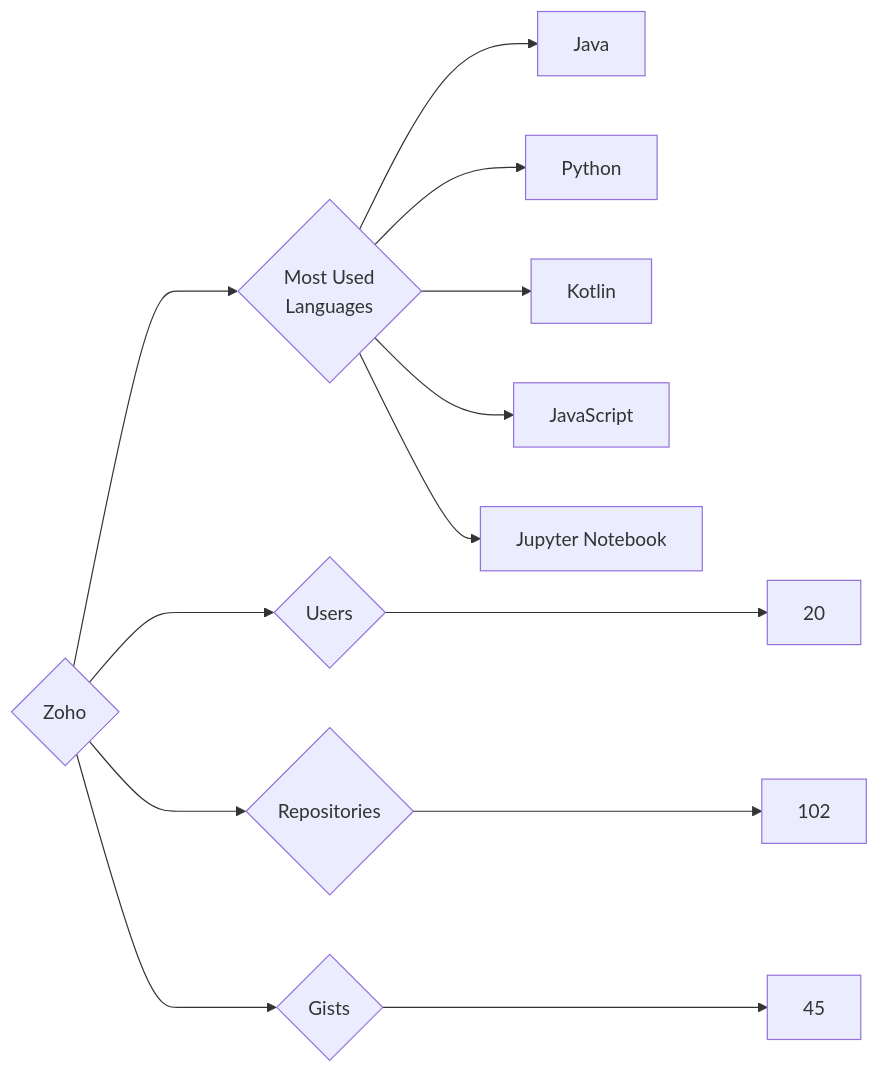
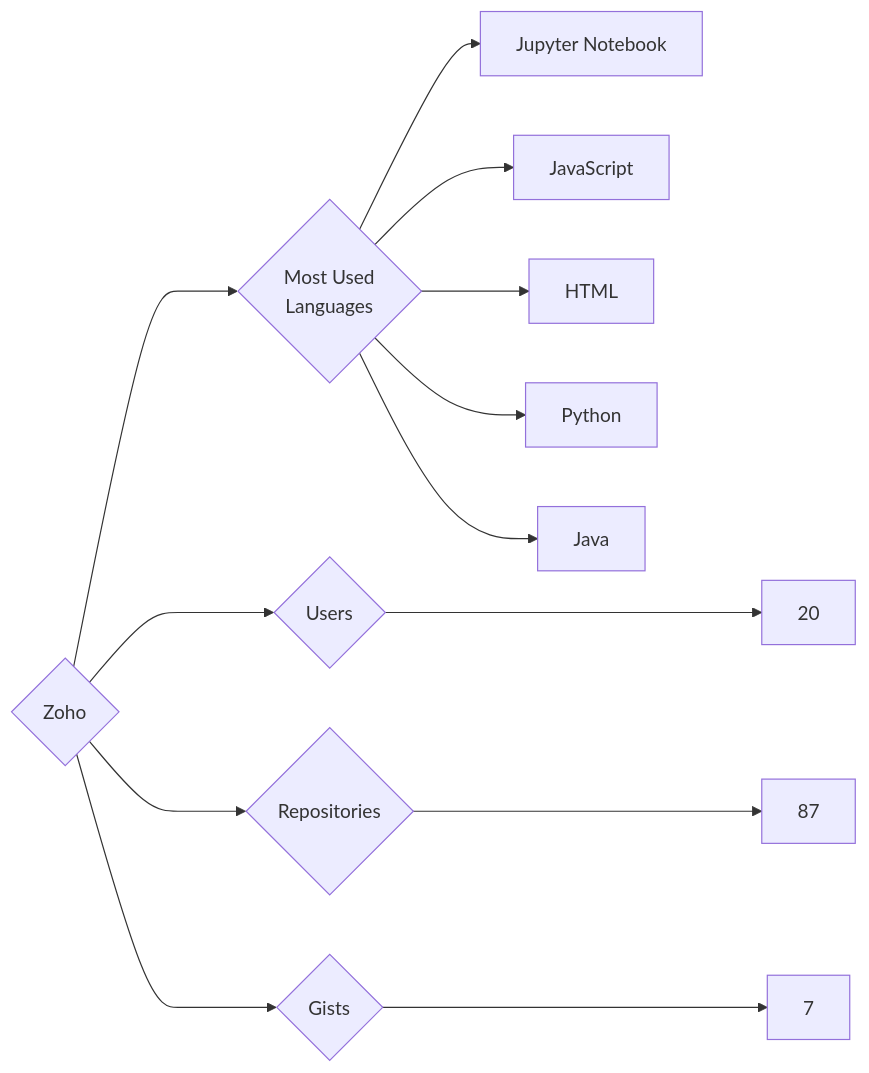
The diagram in targets/Zoho/README.md (trickest/insiders), drawn with Mermaid before and after one commit. The commit also changed 833 other files, not shown here.

````diff
--- a/targets/Zoho/README.md
+++ b/targets/Zoho/README.md
@@ -3,13 +3,13 @@
 ```mermaid
 graph LR
 COMPANY_NAME{Zoho}
 COMPANY_NAME ---> U{Users} ---> UN[20]
-COMPANY_NAME ---> R{Repositories} ---> RN[102]
-COMPANY_NAME ---> G{Gists} ---> GN[45]
+COMPANY_NAME ---> R{Repositories} ---> RN[87]
+COMPANY_NAME ---> G{Gists} ---> GN[7]
 COMPANY_NAME ---> ML{Most Used<br>Languages}
+ML --> Jupyter_Notebook[Jupyter Notebook]
+ML --> JavaScript[JavaScript]
+ML --> HTML[HTML]
+ML --> Python[Python]
 ML --> Java[Java]
-ML --> Python[Python]
-ML --> Kotlin[Kotlin]
-ML --> JavaScript[JavaScript]
-ML --> Jupyter_Notebook[Jupyter Notebook]
 ```
````
